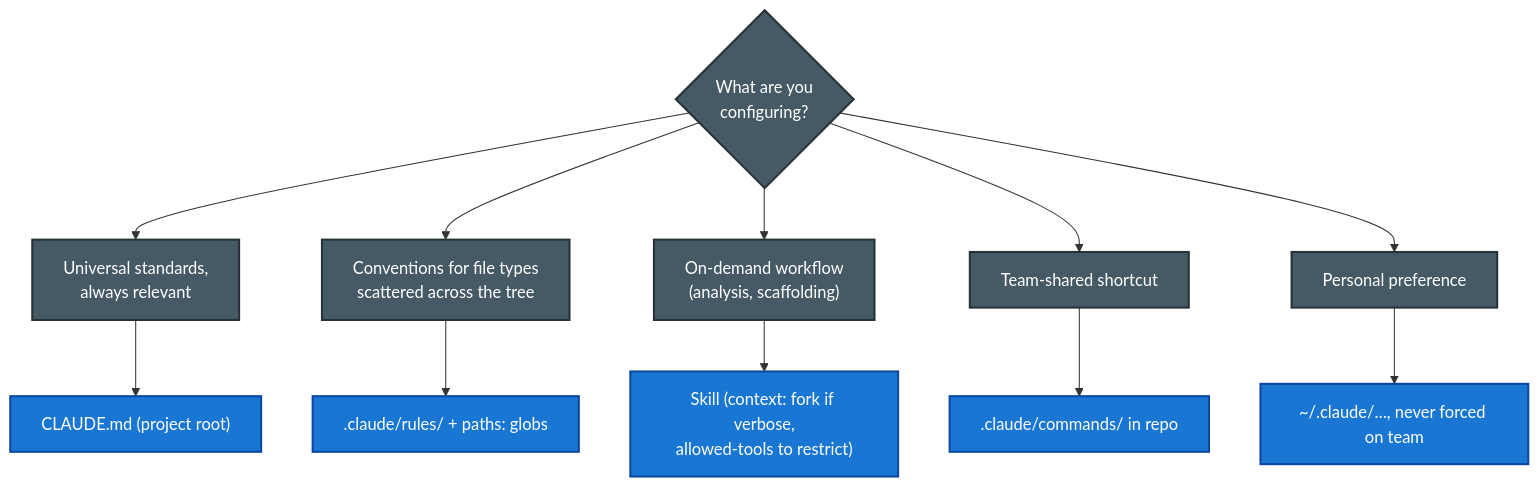
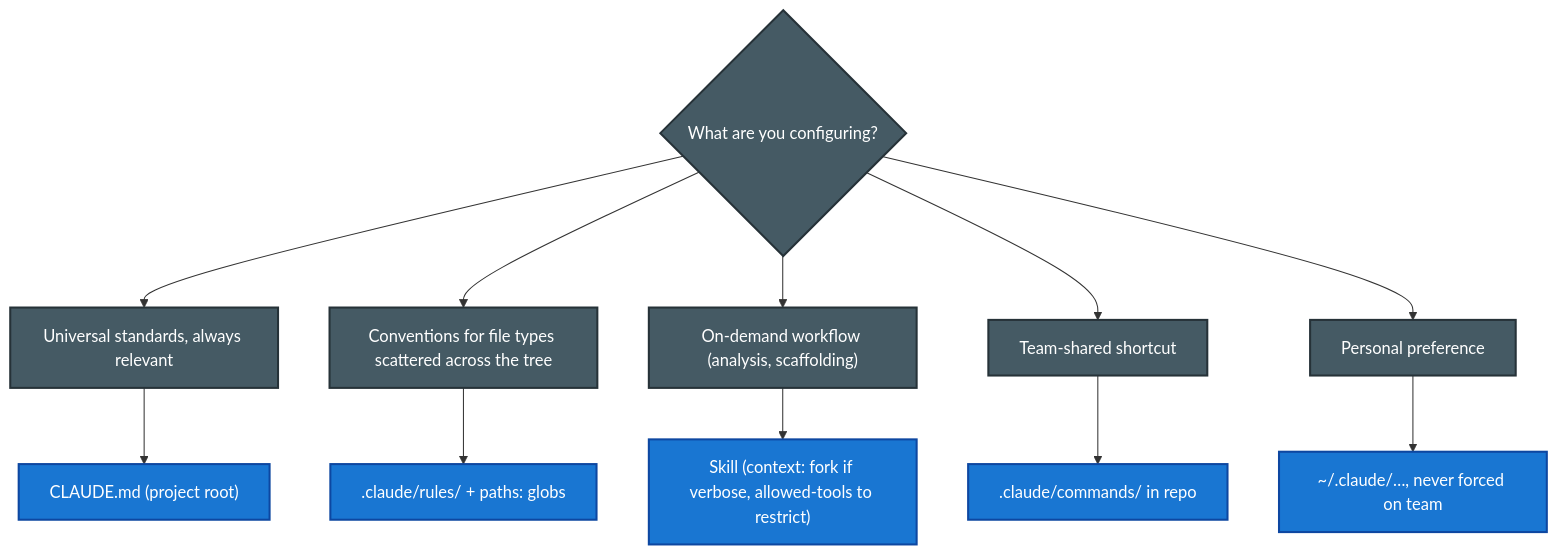
One commit to parmar-m/claude-architect-certification-prep changed the second of 2 diagrams in CCA-F/scenarios/s2-code-generation.md. Above: the diagram before and after it, drawn with Mermaid. The commit also changed other lines of this file and 24 other files, not shown here.

Commit message:
fix html tags in mmd diagrams

````diff
--- a/CCA-F/scenarios/s2-code-generation.md
+++ b/CCA-F/scenarios/s2-code-generation.md
@@ -36,12 +36,12 @@
 ```mermaid
 flowchart TD
-    NEED{What are you<br/>configuring?} --> A["Universal standards,<br/>always relevant"] --> CMX["CLAUDE.md (project root)"]
-    NEED --> B["Conventions for file types<br/>scattered across the tree"] --> RU[".claude/rules/ + paths: globs"]
-    NEED --> C["On-demand workflow<br/>(analysis, scaffolding)"] --> SK["Skill (context: fork if verbose,<br/>allowed-tools to restrict)"]
+    NEED{"What are you configuring?"} --> A["Universal standards, always relevant"] --> CMX["CLAUDE.md (project root)"]
+    NEED --> B["Conventions for file types scattered across the tree"] --> RU[".claude/rules/ + paths: globs"]
+    NEED --> C["On-demand workflow (analysis, scaffolding)"] --> SK["Skill (context: fork if verbose, allowed-tools to restrict)"]
     NEED --> D["Team-shared shortcut"] --> CO[".claude/commands/ in repo"]
     NEED --> E["Personal preference"] --> UP["~/.claude/…, never forced on team"]
     classDef opt fill:#1976D2,color:#fff,stroke:#0D47A1,stroke-width:2px
     classDef q fill:#455A64,color:#fff,stroke:#263238,stroke-width:2px
     class CMX,RU,SK,CO,UP opt
     class NEED,A,B,C,D,E q
 ```
````
